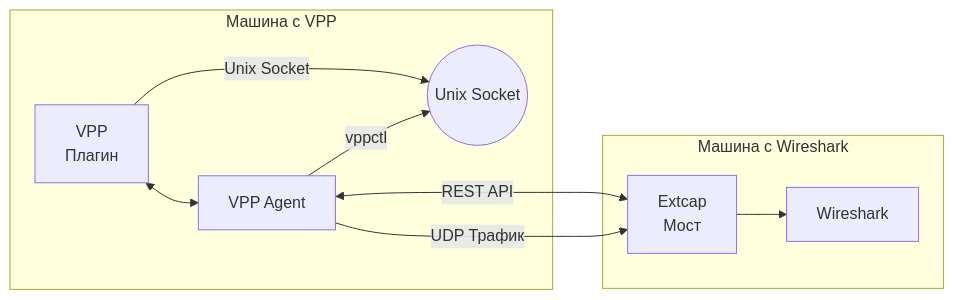
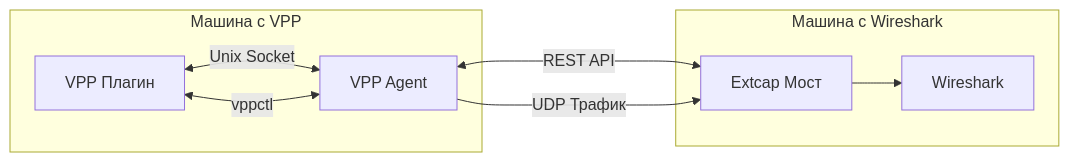
Before and after one commit to wapxmas/vpp_wireshark_bridge: the diagram in README.md, drawn with Mermaid.

Commit message:
mermaid update

````diff
--- a/README.md
+++ b/README.md
@@ -28,21 +28,20 @@
 ```mermaid
 flowchart LR
     subgraph VPP_Machine["Машина с VPP"]
-        VPP_Plugin["VPP\nПлагин"]
+        VPP_Plugin["VPP Плагин"]
         VPP_Agent["VPP Agent"]
         
-        VPP_Plugin <--> VPP_Agent
-        VPP_Plugin -- "Unix Socket" --> unix_socket((Unix Socket))
-        VPP_Agent -- "vppctl" --> unix_socket
+        VPP_Plugin <-- "Unix Socket" --> VPP_Agent
+        VPP_Agent <-- "vppctl" --> VPP_Plugin
     end
     
     subgraph Wireshark_Machine["Машина с Wireshark"]
-        Extcap_Bridge["Extcap\nМост"]
+        Extcap_Bridge["Extcap Мост"]
         Wireshark["Wireshark"]
         
         Extcap_Bridge --> Wireshark
     end
     
     VPP_Agent <---> |"REST API"| Extcap_Bridge
     VPP_Agent --> |"UDP Трафик"| Extcap_Bridge
 ```
````
